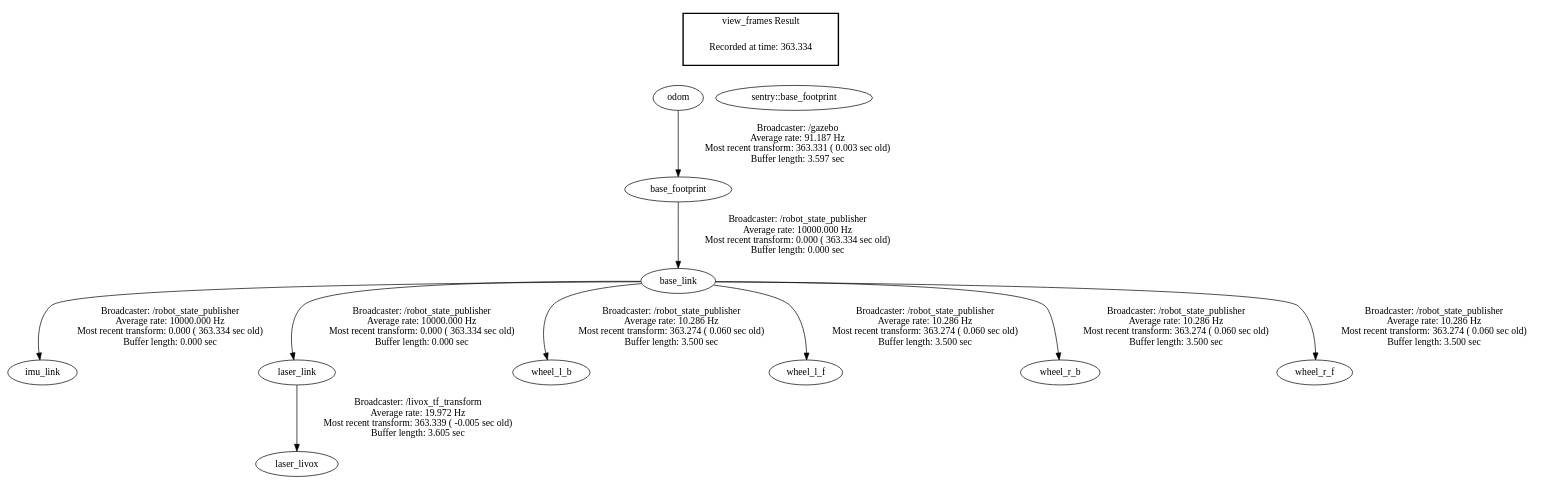
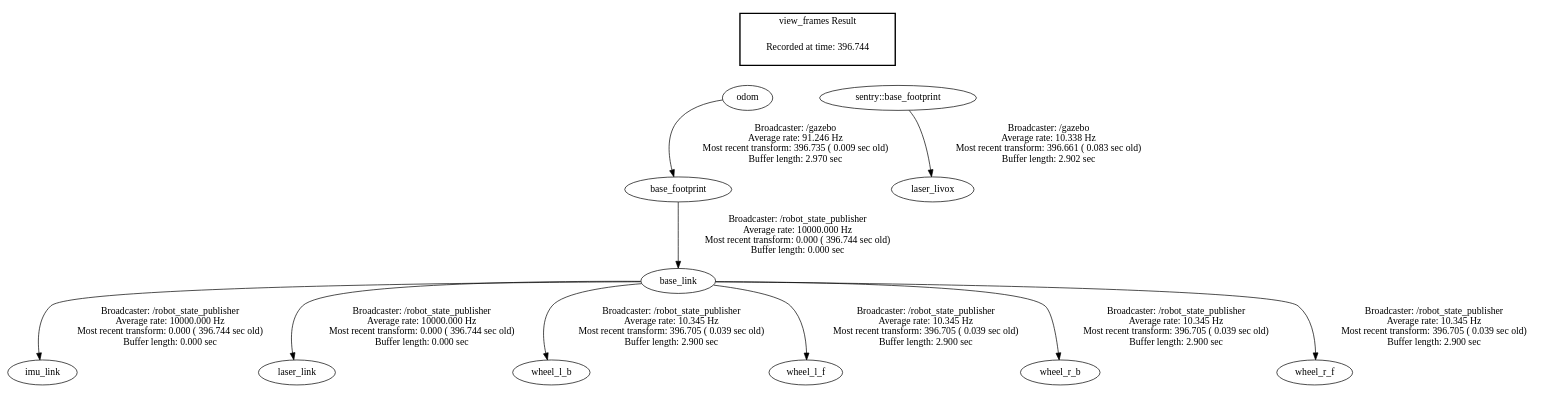
The diagram in src/sentry_laser_sim/frames.gv (yjiuchun/Sentry_sim), drawn with Graphviz before and after one commit. The commit also changed 9 other files, not shown here.

Commit message:
gmapping建图,保存地图

```diff
--- a/src/sentry_laser_sim/frames.gv
+++ b/src/sentry_laser_sim/frames.gv
@@ -1,19 +1,19 @@
 digraph G {
-"base_footprint" -> "base_link"[label="Broadcaster: /robot_state_publisher\nAverage rate: 10000.000 Hz\nMost recent transform: 0.000 ( 363.334 sec old)\nBuffer length: 0.000 sec\n"];
-"odom" -> "base_footprint"[label="Broadcaster: /gazebo\nAverage rate: 91.187 Hz\nMost recent transform: 363.331 ( 0.003 sec old)\nBuffer length: 3.597 sec\n"];
-"base_link" -> "imu_link"[label="Broadcaster: /robot_state_publisher\nAverage rate: 10000.000 Hz\nMost recent transform: 0.000 ( 363.334 sec old)\nBuffer length: 0.000 sec\n"];
-"base_link" -> "laser_link"[label="Broadcaster: /robot_state_publisher\nAverage rate: 10000.000 Hz\nMost recent transform: 0.000 ( 363.334 sec old)\nBuffer length: 0.000 sec\n"];
-"laser_link" -> "laser_livox"[label="Broadcaster: /livox_tf_transform\nAverage rate: 19.972 Hz\nMost recent transform: 363.339 ( -0.005 sec old)\nBuffer length: 3.605 sec\n"];
-"base_link" -> "wheel_l_b"[label="Broadcaster: /robot_state_publisher\nAverage rate: 10.286 Hz\nMost recent transform: 363.274 ( 0.060 sec old)\nBuffer length: 3.500 sec\n"];
-"base_link" -> "wheel_l_f"[label="Broadcaster: /robot_state_publisher\nAverage rate: 10.286 Hz\nMost recent transform: 363.274 ( 0.060 sec old)\nBuffer length: 3.500 sec\n"];
-"base_link" -> "wheel_r_b"[label="Broadcaster: /robot_state_publisher\nAverage rate: 10.286 Hz\nMost recent transform: 363.274 ( 0.060 sec old)\nBuffer length: 3.500 sec\n"];
-"base_link" -> "wheel_r_f"[label="Broadcaster: /robot_state_publisher\nAverage rate: 10.286 Hz\nMost recent transform: 363.274 ( 0.060 sec old)\nBuffer length: 3.500 sec\n"];
+"base_footprint" -> "base_link"[label="Broadcaster: /robot_state_publisher\nAverage rate: 10000.000 Hz\nMost recent transform: 0.000 ( 396.744 sec old)\nBuffer length: 0.000 sec\n"];
+"odom" -> "base_footprint"[label="Broadcaster: /gazebo\nAverage rate: 91.246 Hz\nMost recent transform: 396.735 ( 0.009 sec old)\nBuffer length: 2.970 sec\n"];
+"base_link" -> "imu_link"[label="Broadcaster: /robot_state_publisher\nAverage rate: 10000.000 Hz\nMost recent transform: 0.000 ( 396.744 sec old)\nBuffer length: 0.000 sec\n"];
+"base_link" -> "laser_link"[label="Broadcaster: /robot_state_publisher\nAverage rate: 10000.000 Hz\nMost recent transform: 0.000 ( 396.744 sec old)\nBuffer length: 0.000 sec\n"];
+"sentry::base_footprint" -> "laser_livox"[label="Broadcaster: /gazebo\nAverage rate: 10.338 Hz\nMost recent transform: 396.661 ( 0.083 sec old)\nBuffer length: 2.902 sec\n"];
+"base_link" -> "wheel_l_b"[label="Broadcaster: /robot_state_publisher\nAverage rate: 10.345 Hz\nMost recent transform: 396.705 ( 0.039 sec old)\nBuffer length: 2.900 sec\n"];
+"base_link" -> "wheel_l_f"[label="Broadcaster: /robot_state_publisher\nAverage rate: 10.345 Hz\nMost recent transform: 396.705 ( 0.039 sec old)\nBuffer length: 2.900 sec\n"];
+"base_link" -> "wheel_r_b"[label="Broadcaster: /robot_state_publisher\nAverage rate: 10.345 Hz\nMost recent transform: 396.705 ( 0.039 sec old)\nBuffer length: 2.900 sec\n"];
+"base_link" -> "wheel_r_f"[label="Broadcaster: /robot_state_publisher\nAverage rate: 10.345 Hz\nMost recent transform: 396.705 ( 0.039 sec old)\nBuffer length: 2.900 sec\n"];
 edge [style=invis];
  subgraph cluster_legend { style=bold; color=black; label ="view_frames Result";
-"Recorded at time: 363.334"[ shape=plaintext ] ;
+"Recorded at time: 396.744"[ shape=plaintext ] ;
  }->"sentry::base_footprint";
 edge [style=invis];
  subgraph cluster_legend { style=bold; color=black; label ="view_frames Result";
-"Recorded at time: 363.334"[ shape=plaintext ] ;
+"Recorded at time: 396.744"[ shape=plaintext ] ;
  }->"odom";
 }
```
